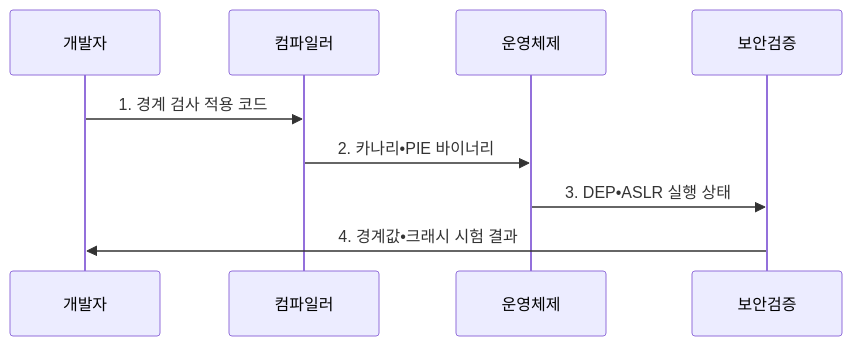
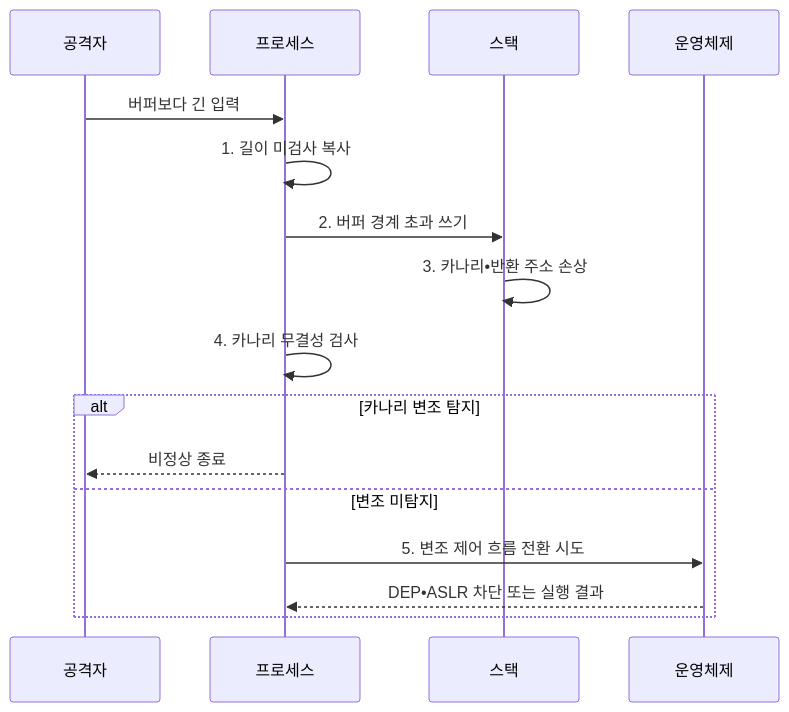
One commit to agnusdei1207/knowledge-base changed the second of 2 diagrams in src/content/docs/notes/05-security/049_buffer_overflow.md. Above: the diagram before and after it, drawn with Mermaid. The commit also changed other lines of this file and 19 other files, not shown here.

````diff
--- a/src/content/docs/notes/05-security/049_buffer_overflow.md
+++ b/src/content/docs/notes/05-security/049_buffer_overflow.md
@@ -102,11 +102,18 @@
 ```mermaid
 sequenceDiagram
-    participant 개발자
-    participant 컴파일러
+    participant 공격자
+    participant 프로세스
+    participant 스택
     participant 운영체제
-    participant 보안검증
-    개발자->>컴파일러: 1. 경계 검사 적용 코드
-    컴파일러->>운영체제: 2. 카나리•PIE 바이너리
-    운영체제->>보안검증: 3. DEP•ASLR 실행 상태
-    보안검증->>개발자: 4. 경계값•크래시 시험 결과
+    공격자->>프로세스: 버퍼보다 긴 입력
+    프로세스->>프로세스: 1. 길이 미검사 복사
+    프로세스->>스택: 2. 버퍼 경계 초과 쓰기
+    스택->>스택: 3. 카나리•반환 주소 손상
+    프로세스->>프로세스: 4. 카나리 무결성 검사
+    alt 카나리 변조 탐지
+        프로세스-->>공격자: 비정상 종료
+    else 변조 미탐지
+        프로세스->>운영체제: 5. 변조 제어 흐름 전환 시도
+        운영체제-->>프로세스: DEP•ASLR 차단 또는 실행 결과
+    end
 ```
````
